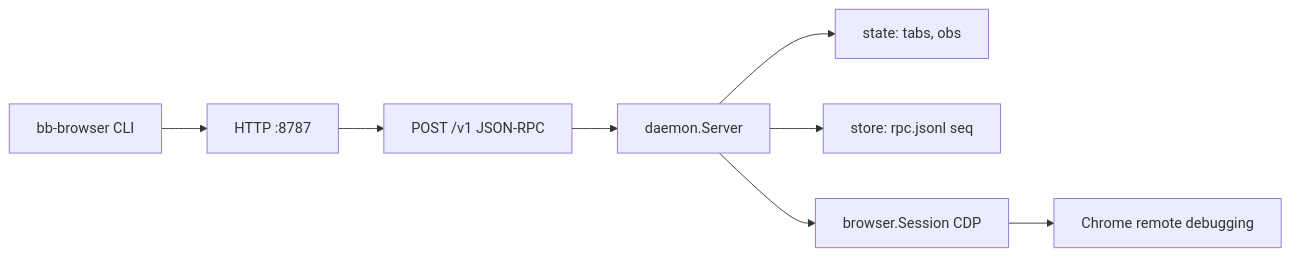
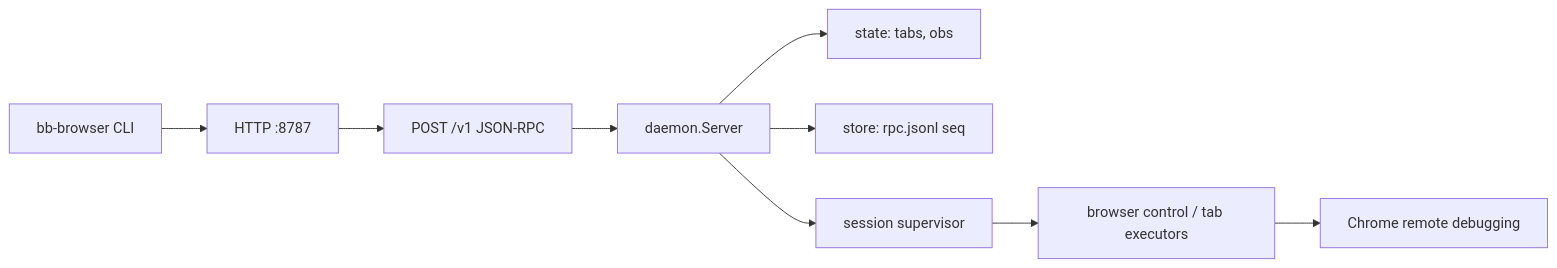
One commit to yiplee/go-bb-browser changed the diagram in README.md. Above: the diagram before and after it, drawn with Mermaid. The commit also changed other lines of this file and 35 other files, not shown here.

First line of the commit message:
Refactor bb-daemon session supervision and tab lifecycle (#18)

````diff
--- a/README.md
+++ b/README.md
@@ -50,19 +50,21 @@
 ```mermaid
 flowchart LR
   CLI[bb-browser CLI]
   HTTP[HTTP :8787]
   RPC[POST /v1 JSON-RPC]
   SRV[daemon.Server]
   ST[state: tabs, obs]
   BG[store: rpc.jsonl seq]
-  BR[browser.Session CDP]
+  SUP[session supervisor]
+  BR[browser control / tab executors]
   CH[Chrome remote debugging]
 
   CLI --> HTTP
   HTTP --> RPC
   RPC --> SRV
   SRV --> ST
   SRV --> BG
-  SRV --> BR
+  SRV --> SUP
+  SUP --> BR
   BR --> CH
 ```
````
